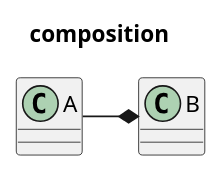
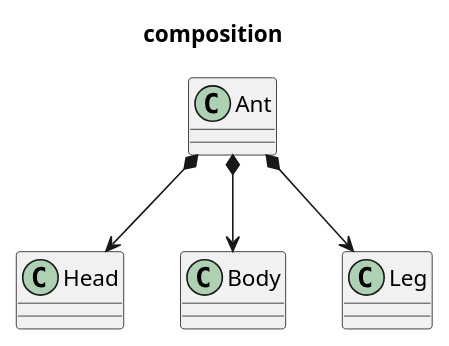
The sixth of 6 diagrams in cs/softwareEngineering/uml/class.puml (okhj159/OKLEETechOrganizer), drawn with PlantUML before and after one commit. The commit also changed other lines of this file and 5 other files, not shown here.

Commit message:
[docs] class diagram 작성

```diff
--- a/cs/softwareEngineering/uml/class.puml
+++ b/cs/softwareEngineering/uml/class.puml
@@ -85,15 +108,23 @@
 @startuml
 
 title composition
 
 '라이프타임 의존적. new 생성자 사용하는 경우
 
-class A {
+class Ant {
 }
 
-class B {
+class Head {
 }
 
-A -right-* B
+class Body {
+}
+
+class Leg {
+}
+
+Ant *--> Head
+Ant *--> Body
+Ant *--> Leg
 
 @enduml
```
